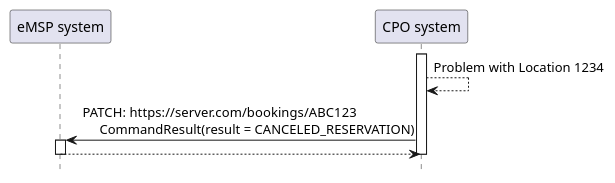
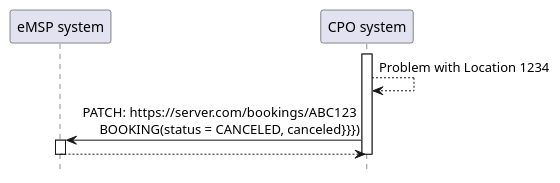
Before and after one commit to ocpi/ocpi: the diagram in plantuml/booking_canceled_by_cpo.plantuml, drawn with PlantUML. The commit also changed 4 other files, not shown here.

Commit message:
Booking diagrams and updated bookable and booking request

```diff
--- a/plantuml/booking_canceled_by_cpo.plantuml
+++ b/plantuml/booking_canceled_by_cpo.plantuml
@@ -1,14 +1,14 @@
 @startuml
 hide footbox
 participant "eMSP system" as MSP
 participant "CPO system" as CPO
 
 activate CPO
 CPO --> CPO: Problem with Location 1234
-CPO  ->  MSP: PATCH: https://server.com/bookings/ABC123\n     CommandResult(result = CANCELED_RESERVATION)
+CPO  ->  MSP: PATCH: https://server.com/bookings/ABC123\n     BOOKING(status = CANCELED, canceled}}})
 activate MSP
 MSP --> CPO:
 deactivate CPO
 deactivate MSP
 
 @enduml
```
